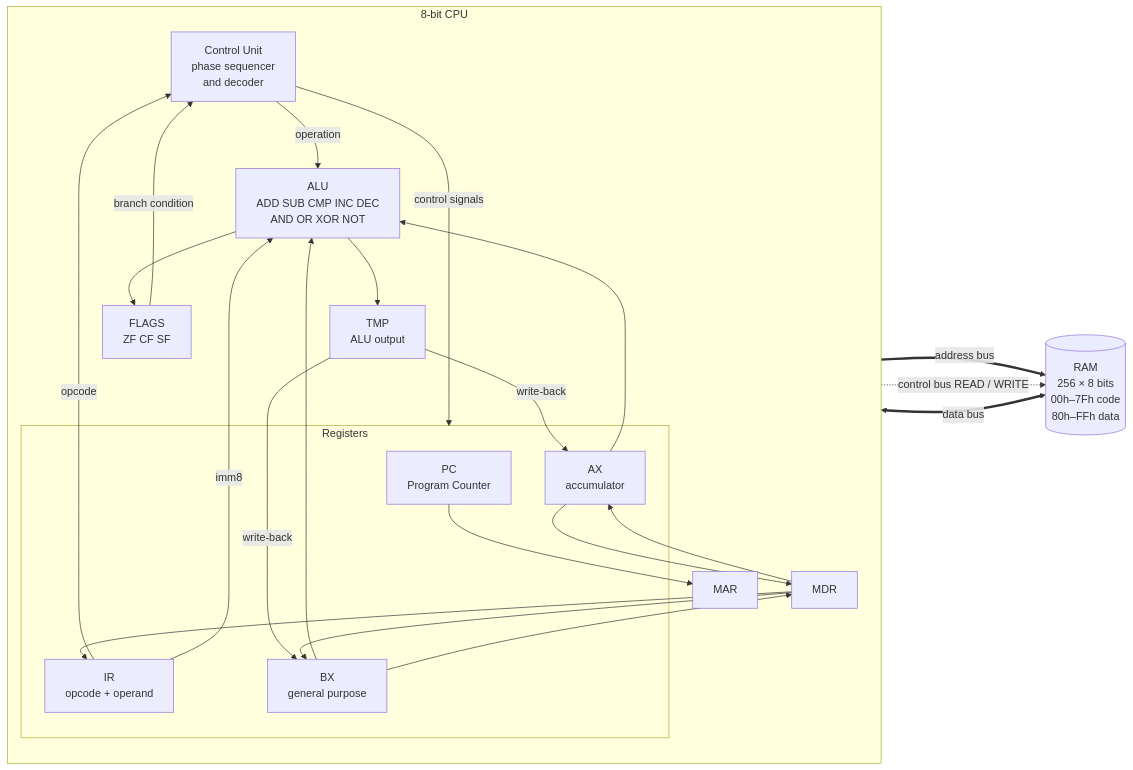
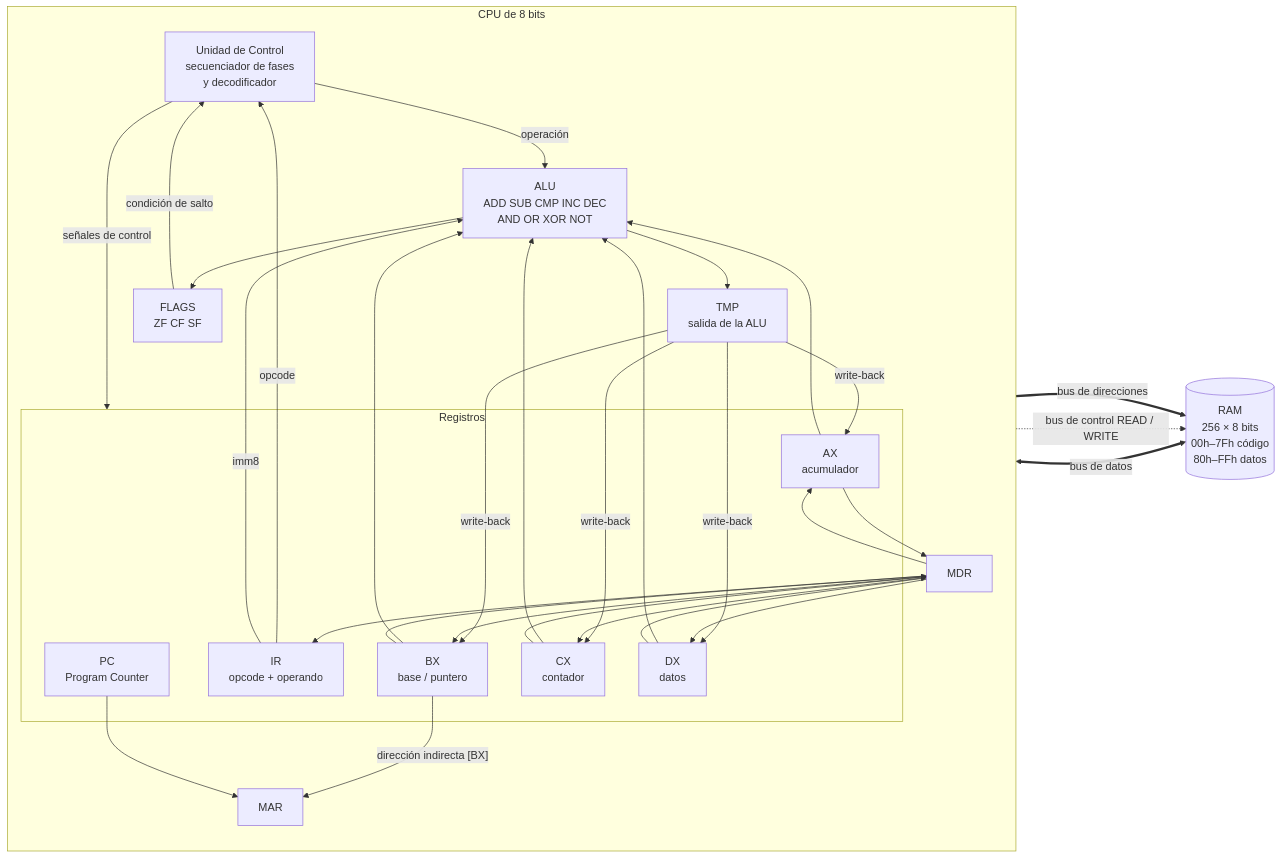
The first of 2 diagrams in README.md (aliciabelaunde/Parcial-1-Arquitectura-de-computadoras), drawn with Mermaid before and after one commit. The commit also changed other lines of this file, not shown here.

Commit message:
docs: update README in Spanish with CX/DX registers, ISA table and test results

````diff
--- a/README.md
+++ b/README.md
@@ -33,40 +34,51 @@
 ```mermaid
 flowchart LR
-    subgraph CPU["8-bit CPU"]
+    subgraph CPU["CPU de 8 bits"]
         direction TB
-        UC["Control Unit<br/>phase sequencer<br/>and decoder"]
-        subgraph REG["Registers"]
+        UC["Unidad de Control<br/>secuenciador de fases<br/>y decodificador"]
+        subgraph REG["Registros"]
             PC["PC<br/>Program Counter"]
-            IR["IR<br/>opcode + operand"]
-            AX["AX<br/>accumulator"]
-            BX["BX<br/>general purpose"]
+            IR["IR<br/>opcode + operando"]
+            AX["AX<br/>acumulador"]
+            BX["BX<br/>base / puntero"]
+            CX["CX<br/>contador"]
+            DX["DX<br/>datos"]
         end
         ALU["ALU<br/>ADD SUB CMP INC DEC<br/>AND OR XOR NOT"]
         FLAGS["FLAGS<br/>ZF CF SF"]
-        TMP["TMP<br/>ALU output"]
+        TMP["TMP<br/>salida de la ALU"]
         MAR["MAR"]
         MDR["MDR"]
     end
-    RAM[("RAM<br/>256 × 8 bits<br/>00h–7Fh code<br/>80h–FFh data")]
+    RAM[("RAM<br/>256 × 8 bits<br/>00h–7Fh código<br/>80h–FFh datos")]
 
-    UC -- "control signals" --> REG
-    UC -- "operation" --> ALU
+    UC -- "señales de control" --> REG
+    UC -- "operación" --> ALU
     IR -- "opcode" --> UC
     AX --> ALU
     BX --> ALU
+    CX --> ALU
+    DX --> ALU
     IR -- "imm8" --> ALU
     ALU --> TMP
     ALU --> FLAGS
-    FLAGS -- "branch condition" --> UC
+    FLAGS -- "condición de salto" --> UC
     TMP -- "write-back" --> AX
     TMP -- "write-back" --> BX
+    TMP -- "write-back" --> CX
+    TMP -- "write-back" --> DX
+    BX -- "dirección indirecta [BX]" --> MAR
     PC --> MAR
-    MAR == "address bus" ==> RAM
-    RAM <== "data bus" ==> MDR
-    UC -. "control bus READ / WRITE" .-> RAM
+    MAR == "bus de direcciones" ==> RAM
+    RAM <== "bus de datos" ==> MDR
+    UC -. "bus de control READ / WRITE" .-> RAM
     MDR --> IR
     MDR --> AX
     MDR --> BX
+    MDR --> CX
+    MDR --> DX
     AX --> MDR
     BX --> MDR
+    CX --> MDR
+    DX --> MDR
 ```
````
